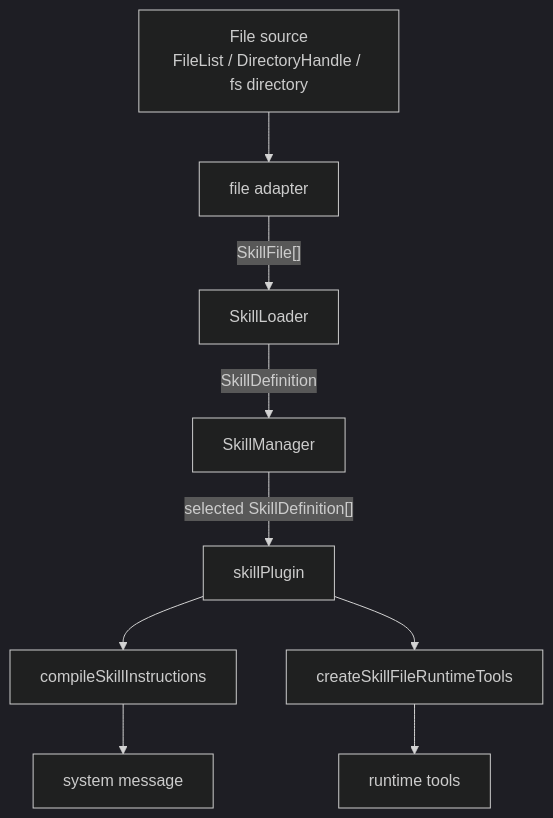
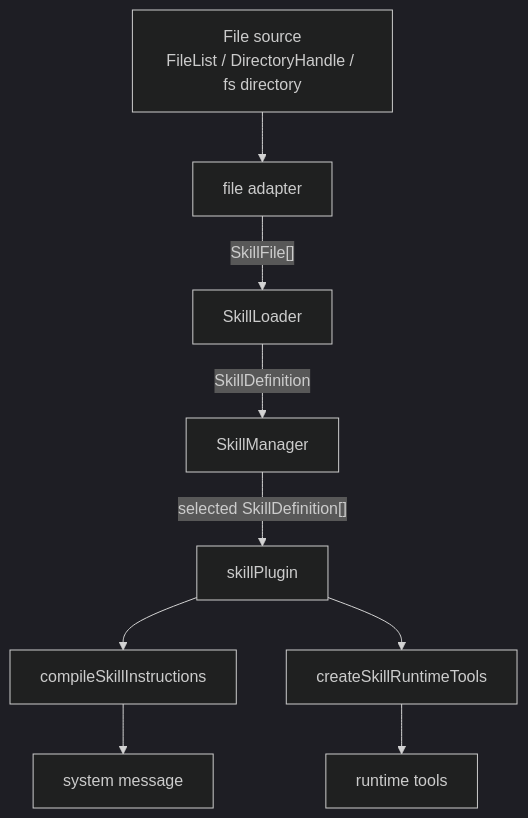
The first of 3 diagrams in packages/kit/src/skills/README.md (opentiny/tiny-robot), drawn with Mermaid (dark theme) before and after one commit. The commit also changed other lines of this file and 9 other files, not shown here.

Commit message:
feat: enhance skill command execution and runtime tools integration

````diff
--- a/packages/kit/src/skills/README.md
+++ b/packages/kit/src/skills/README.md
@@ -147,11 +151,11 @@
 ```mermaid
 flowchart TD
   A["File source<br/>FileList / DirectoryHandle / fs directory"] --> B["file adapter"]
   B -->|"SkillFile[]"| C["SkillLoader"]
   C -->|"SkillDefinition"| D["SkillManager"]
   D -->|"selected SkillDefinition[]"| E["skillPlugin"]
   E --> F["compileSkillInstructions"]
-  E --> G["createSkillFileRuntimeTools"]
+  E --> G["createSkillRuntimeTools"]
   F --> H["system message"]
   G --> I["runtime tools"]
 ```
````
